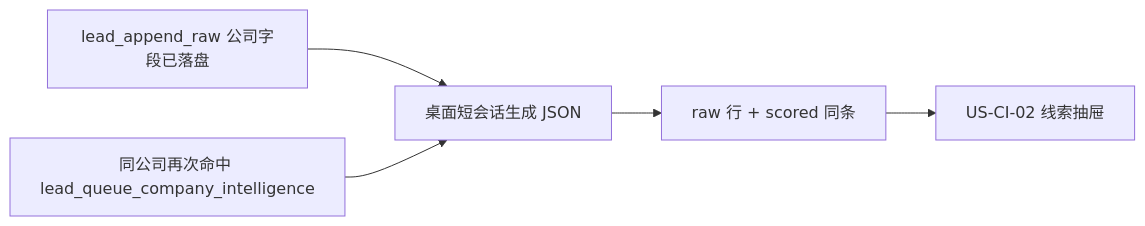
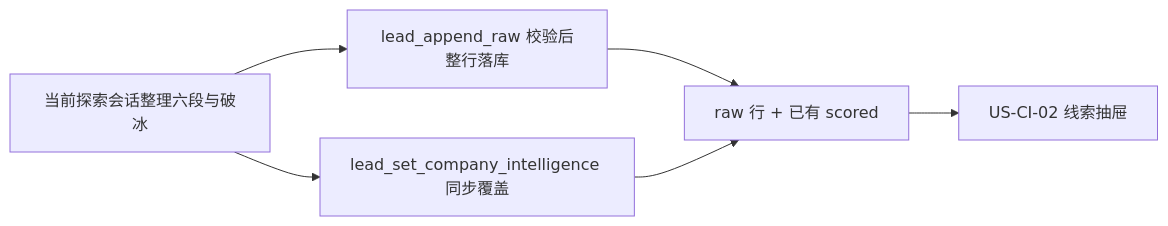
The first of 2 diagrams in docs/design/US-CI-01-探索落库随写画像与破冰.md (Pedro-MAFS/ftcs), drawn with Mermaid before and after one commit. The commit also changed other lines of this file and 1 other file, not shown here.

Commit message:
docs(design): write company intelligence in the explore session

````diff
--- a/docs/design/US-CI-01-探索落库随写画像与破冰.md
+++ b/docs/design/US-CI-01-探索落库随写画像与破冰.md
@@ -43,13 +46,14 @@
 ```mermaid
 flowchart LR
-  append[lead_append_raw 公司字段已落盘]
-  queue[同公司再次命中 lead_queue_company_intelligence]
-  job[桌面短会话生成 JSON]
-  disk[raw 行 + scored 同条]
+  session[当前探索会话整理六段与破冰]
+  append[lead_append_raw 校验后整行落库]
+  set[lead_set_company_intelligence 同步覆盖]
+  disk[raw 行 + 已有 scored]
   ui[US-CI-02 线索抽屉]
 
-  append --> job
-  queue --> job
-  job --> disk
+  session --> append
+  session --> set
+  append --> disk
+  set --> disk
   disk --> ui
 ```
````
